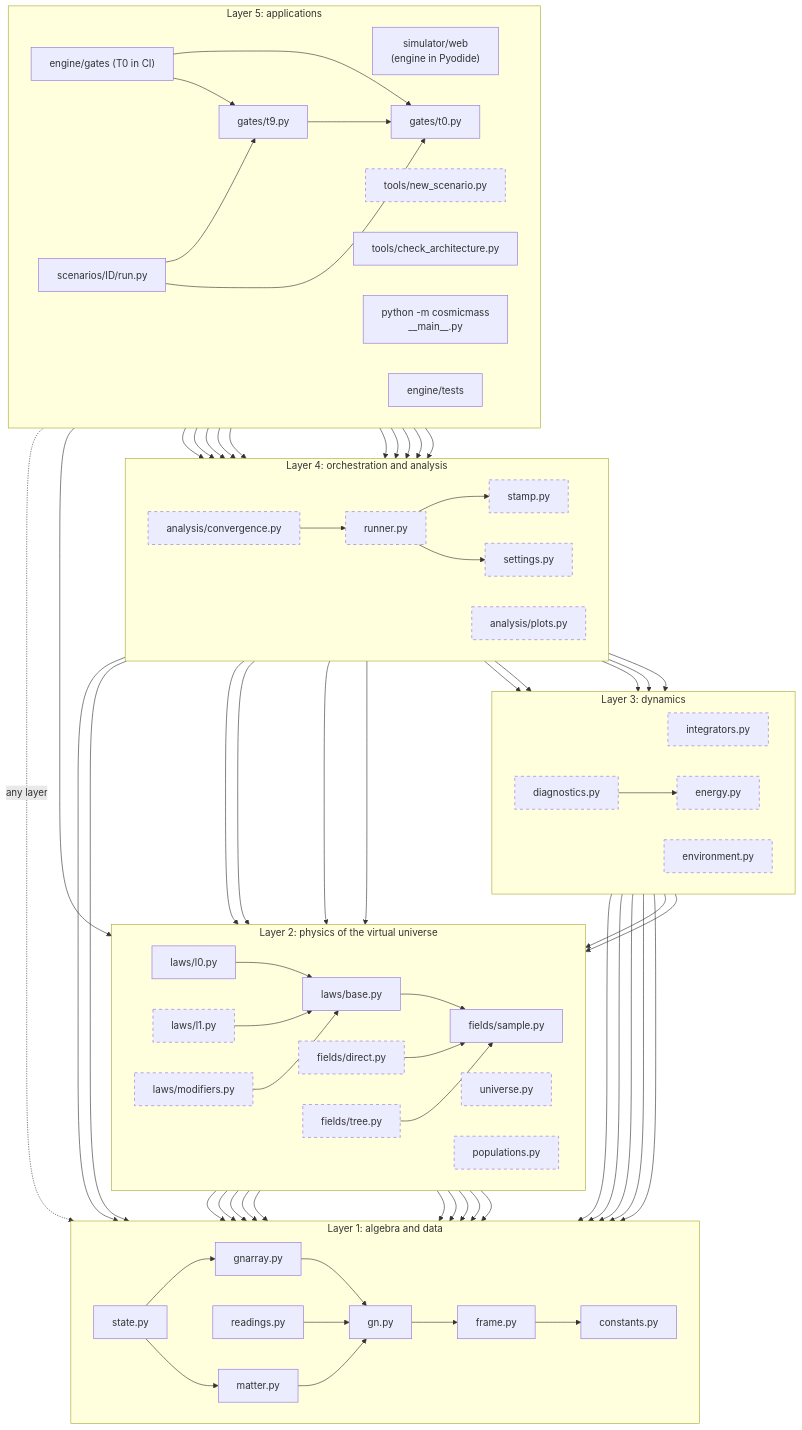
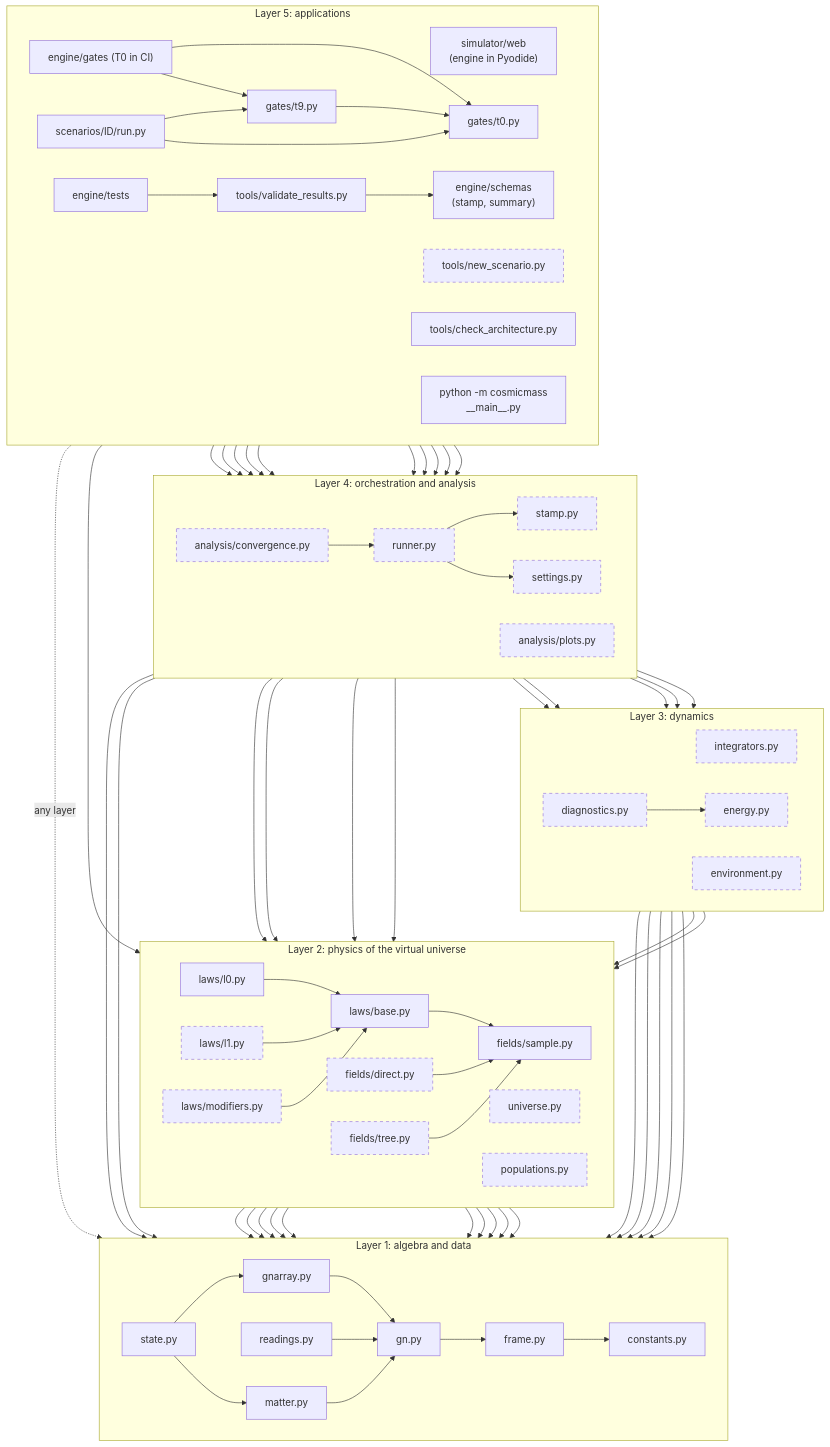
Before and after one commit to isaacmindx-collab/cosmic-mass-lab: the second of 8 diagrams in ARCHITECTURE.md, drawn with Mermaid. The commit also changed other lines of this file and 9 other files, not shown here.

Commit message:
P4: JSON schemas for stamp.json and summary.json, tools/validate_results.py, tests; jsonschema pinned; ARCHITECTURE.md (D18)

```diff
--- a/ARCHITECTURE.md
+++ b/ARCHITECTURE.md
@@ -137,6 +139,8 @@
         webui["simulator/web<br/>(engine in Pyodide)"]
         scaffold["tools/new_scenario.py"]:::planned
         archcheck["tools/check_architecture.py"]
+        validate["tools/validate_results.py"]
+        schemas["engine/schemas<br/>(stamp, summary)"]
         cli["python -m cosmicmass<br/>__main__.py"]
         scen["scenarios/ID/run.py"]
         gate["gates/t0.py"]
@@ -201,6 +205,8 @@
     gate --> settings
     gate --> stamp
     tests -.->|"any layer"| gn
+    tests --> validate
+    validate --> schemas
     webui --> runner
     scaffold --> settings
     runner --> integrators
```
